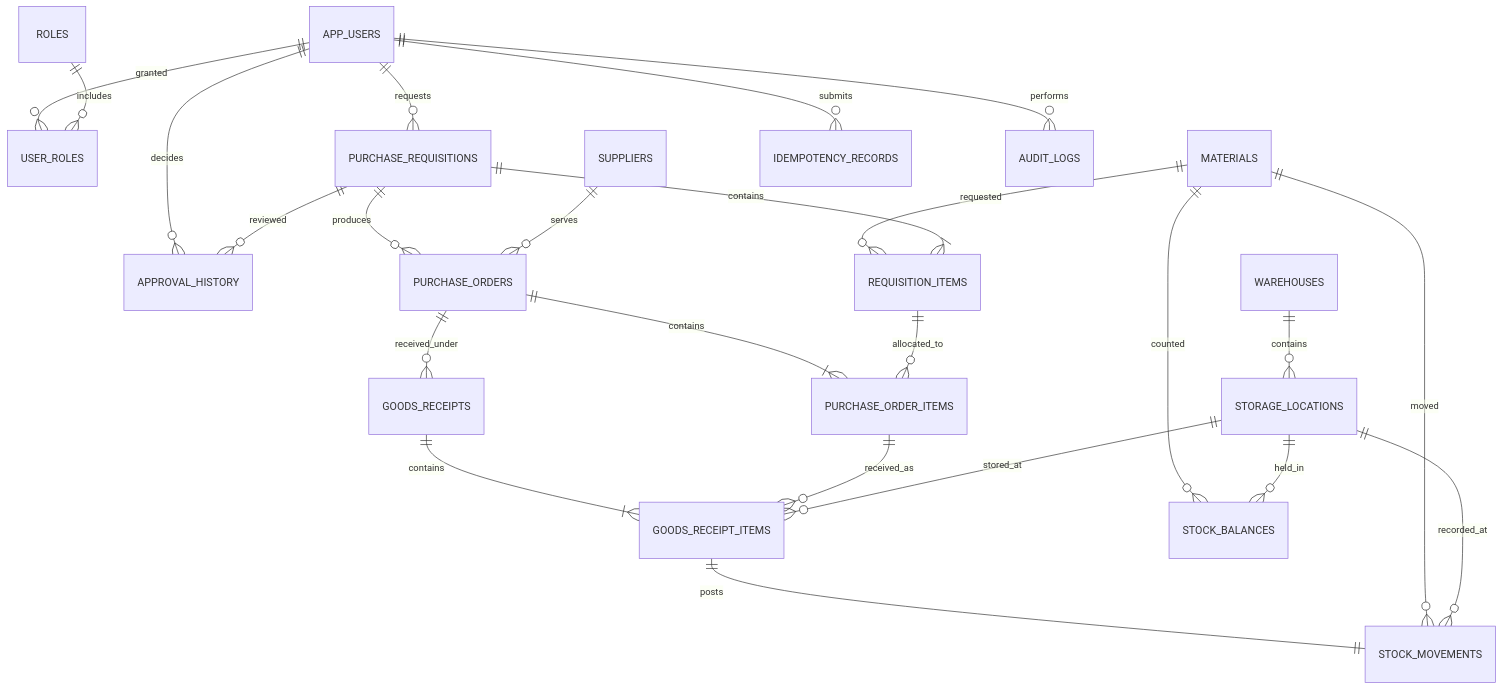
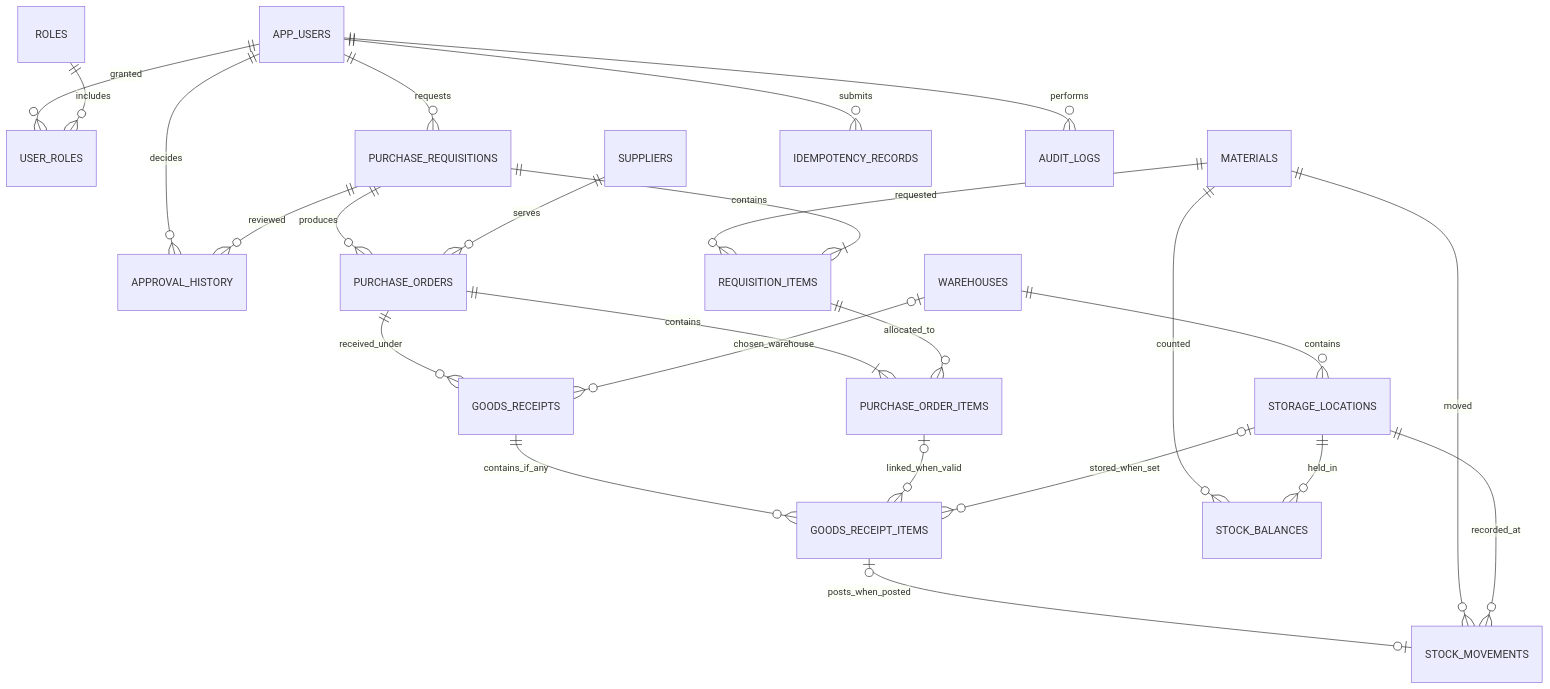
One commit to chagok-erp/chagok_docs changed the diagram in docs/database/DB-SPEC.md. Above: the diagram before and after it, drawn with Mermaid. The commit also changed other lines of this file and 14 other files, not shown here.

````diff
--- a/docs/database/DB-SPEC.md
+++ b/docs/database/DB-SPEC.md
@@ -24,26 +24,27 @@
 ```mermaid
 erDiagram
     APP_USERS ||--o{ USER_ROLES : granted
     ROLES ||--o{ USER_ROLES : includes
     APP_USERS ||--o{ PURCHASE_REQUISITIONS : requests
     APP_USERS ||--o{ APPROVAL_HISTORY : decides
     MATERIALS ||--o{ REQUISITION_ITEMS : requested
     PURCHASE_REQUISITIONS ||--|{ REQUISITION_ITEMS : contains
     PURCHASE_REQUISITIONS ||--o{ APPROVAL_HISTORY : reviewed
     PURCHASE_REQUISITIONS ||--o{ PURCHASE_ORDERS : produces
     SUPPLIERS ||--o{ PURCHASE_ORDERS : serves
     PURCHASE_ORDERS ||--|{ PURCHASE_ORDER_ITEMS : contains
     REQUISITION_ITEMS ||--o{ PURCHASE_ORDER_ITEMS : allocated_to
     PURCHASE_ORDERS ||--o{ GOODS_RECEIPTS : received_under
-    GOODS_RECEIPTS ||--|{ GOODS_RECEIPT_ITEMS : contains
-    PURCHASE_ORDER_ITEMS ||--o{ GOODS_RECEIPT_ITEMS : received_as
+    GOODS_RECEIPTS ||--o{ GOODS_RECEIPT_ITEMS : contains_if_any
+    PURCHASE_ORDER_ITEMS |o--o{ GOODS_RECEIPT_ITEMS : linked_when_valid
     WAREHOUSES ||--o{ STORAGE_LOCATIONS : contains
-    STORAGE_LOCATIONS ||--o{ GOODS_RECEIPT_ITEMS : stored_at
-    GOODS_RECEIPT_ITEMS ||--|| STOCK_MOVEMENTS : posts
+    WAREHOUSES |o--o{ GOODS_RECEIPTS : chosen_warehouse
+    STORAGE_LOCATIONS |o--o{ GOODS_RECEIPT_ITEMS : stored_when_set
+    GOODS_RECEIPT_ITEMS |o--o| STOCK_MOVEMENTS : posts_when_posted
     MATERIALS ||--o{ STOCK_BALANCES : counted
     STORAGE_LOCATIONS ||--o{ STOCK_BALANCES : held_in
     MATERIALS ||--o{ STOCK_MOVEMENTS : moved
     STORAGE_LOCATIONS ||--o{ STOCK_MOVEMENTS : recorded_at
     APP_USERS ||--o{ IDEMPOTENCY_RECORDS : submits
     APP_USERS ||--o{ AUDIT_LOGS : performs
 ```
````
